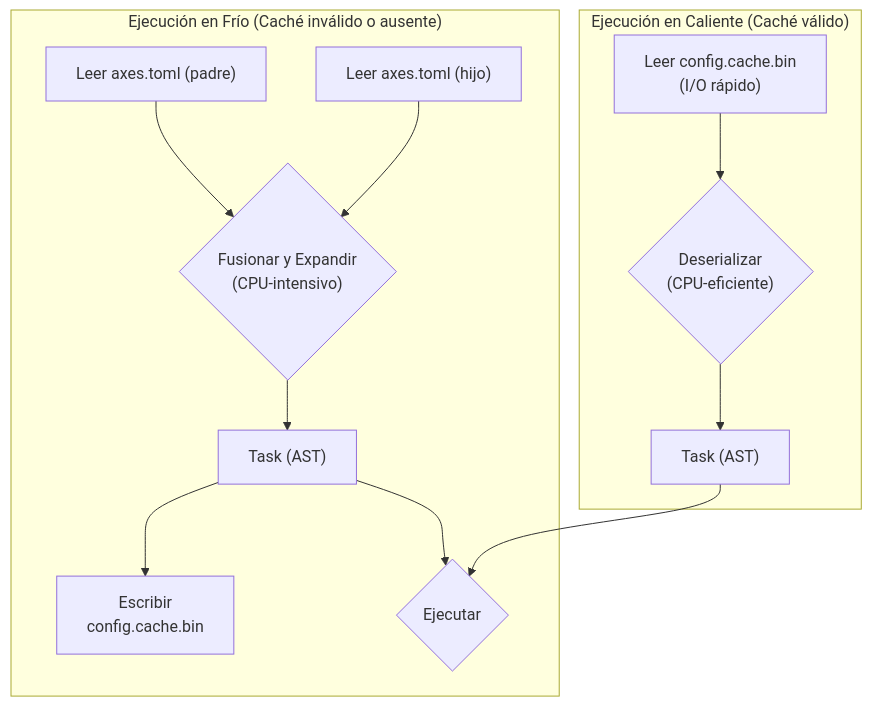
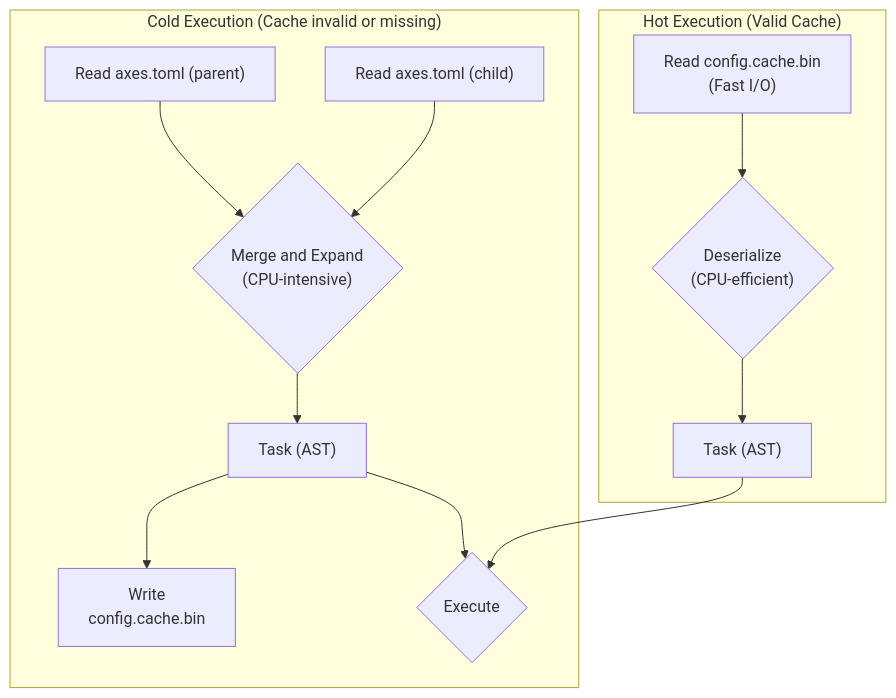
One commit to RetypeOS/axes changed the fifth of 6 diagrams in TECNICAL.md. Above: the diagram before and after it, drawn with Mermaid. The commit also changed other lines of this file and 2 other files, not shown here.

````diff
--- a/TECNICAL.md
+++ b/TECNICAL.md
@@ -268,16 +268,16 @@
     ```mermaid
     graph TD
-        subgraph "Ejecución en Frío (Caché inválido o ausente)"
-            A["Leer axes.toml (padre)"] --> C;
-            B["Leer axes.toml (hijo)"] --> C;
-            C{"Fusionar y Expandir<br>(CPU-intensivo)"} --> D["Task (AST)"];
-            D --> E["Escribir<br>config.cache.bin"];
-            D --> F{Ejecutar};
+        subgraph "Cold Execution (Cache invalid or missing)"
+            A["Read axes.toml (parent)"] --> C;
+            B["Read axes.toml (child)"] --> C;
+            C{"Merge and Expand<br>(CPU-intensive)"} --> D["Task (AST)"];
+            D --> E["Write<br>config.cache.bin"];
+            D --> F{Execute};
         end
 
-        subgraph "Ejecución en Caliente (Caché válido)"
-            G["Leer config.cache.bin<br>(I/O rápido)"] --> H{"Deserializar<br>(CPU-eficiente)"};
+        subgraph "Hot Execution (Valid Cache)"
+            G["Read config.cache.bin<br>(Fast I/O)"] --> H{"Deserialize<br>(CPU-efficient)"};
             H --> I["Task (AST)"];
             I --> F;
         end
     ```
````
